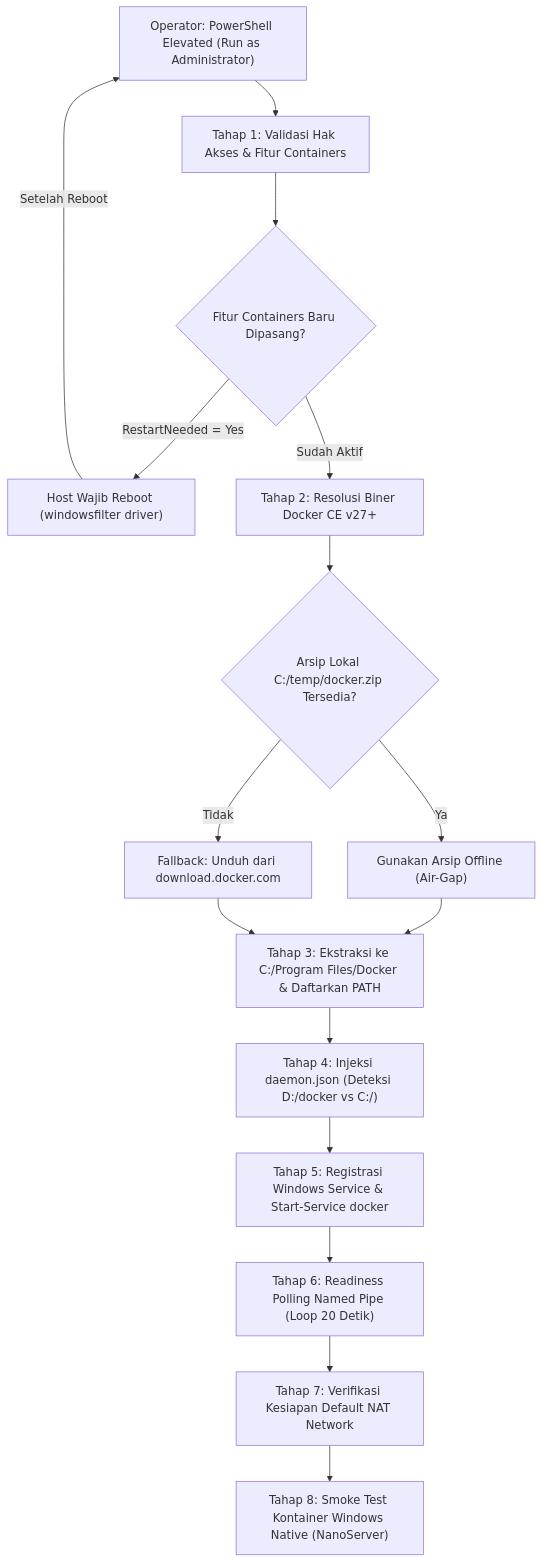
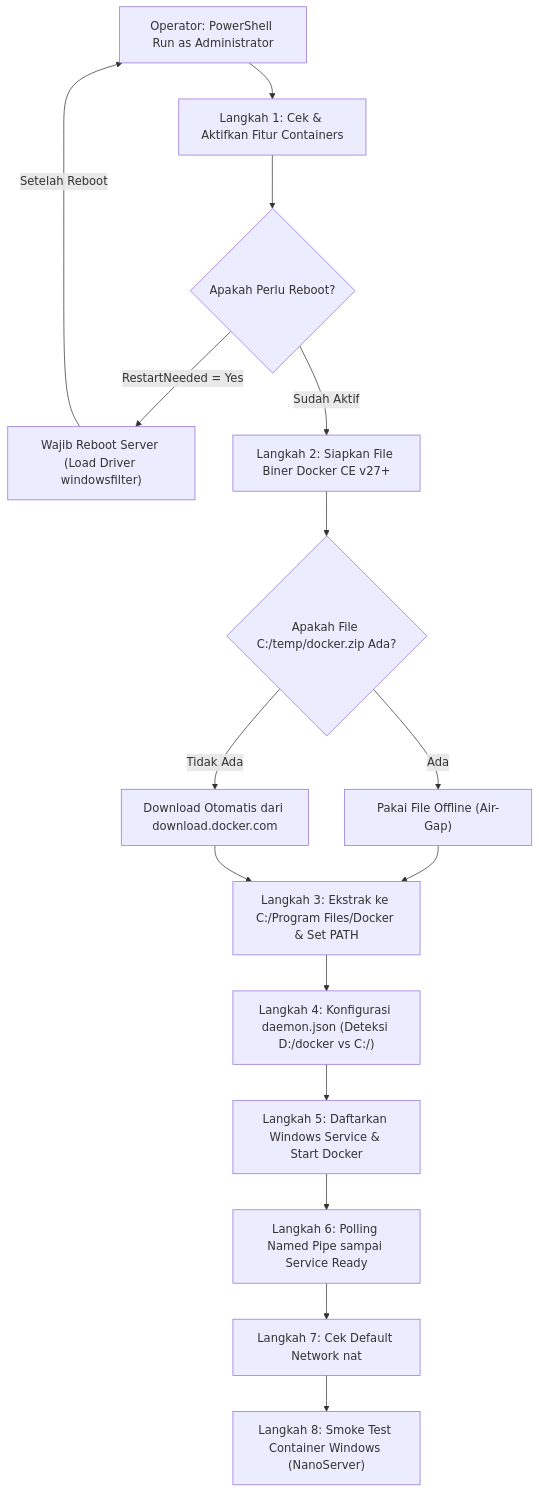
The diagram in content/how-to/install-docker-engine-windows-containers.md (edkas07-oss/personal-site), drawn with Mermaid before and after one commit. The commit also changed other lines of this file and 4 other files, not shown here.

```diff
--- a/content/how-to/install-docker-engine-windows-containers.md
+++ b/content/how-to/install-docker-engine-windows-containers.md
@@ -37,18 +37,18 @@
 {{< mermaid >}}
 flowchart TD
-    A["Operator: PowerShell Elevated (Run as Administrator)"] --> B["Tahap 1: Validasi Hak Akses & Fitur Containers"]
-    B --> C{"Fitur Containers Baru Dipasang?"}
-    C -->|RestartNeeded = Yes| D["Host Wajib Reboot (windowsfilter driver)"]
+    A["Operator: PowerShell Run as Administrator"] --> B["Langkah 1: Cek & Aktifkan Fitur Containers"]
+    B --> C{"Apakah Perlu Reboot?"}
+    C -->|RestartNeeded = Yes| D["Wajib Reboot Server (Load Driver windowsfilter)"]
     D -->|Setelah Reboot| A
-    C -->|Sudah Aktif| E["Tahap 2: Resolusi Biner Docker CE v27+"]
-    E --> F{"Arsip Lokal C:/temp/docker.zip Tersedia?"}
-    F -->|Ya| G["Gunakan Arsip Offline (Air-Gap)"]
-    F -->|Tidak| H["Fallback: Unduh dari download.docker.com"]
-    G --> I["Tahap 3: Ekstraksi ke C:/Program Files/Docker & Daftarkan PATH"]
+    C -->|Sudah Aktif| E["Langkah 2: Siapkan File Biner Docker CE v27+"]
+    E --> F{"Apakah File C:/temp/docker.zip Ada?"}
+    F -->|Ada| G["Pakai File Offline (Air-Gap)"]
+    F -->|Tidak Ada| H["Download Otomatis dari download.docker.com"]
+    G --> I["Langkah 3: Ekstrak ke C:/Program Files/Docker & Set PATH"]
     H --> I
-    I --> J["Tahap 4: Injeksi daemon.json (Deteksi D:/docker vs C:/)"]
-    J --> K["Tahap 5: Registrasi Windows Service & Start-Service docker"]
-    K --> L["Tahap 6: Readiness Polling Named Pipe (Loop 20 Detik)"]
-    L --> M["Tahap 7: Verifikasi Kesiapan Default NAT Network"]
-    M --> N["Tahap 8: Smoke Test Kontainer Windows Native (NanoServer)"]
+    I --> J["Langkah 4: Konfigurasi daemon.json (Deteksi D:/docker vs C:/)"]
+    J --> K["Langkah 5: Daftarkan Windows Service & Start Docker"]
+    K --> L["Langkah 6: Polling Named Pipe sampai Service Ready"]
+    L --> M["Langkah 7: Cek Default Network nat"]
+    M --> N["Langkah 8: Smoke Test Container Windows (NanoServer)"]
 {{< /mermaid >}}
```
